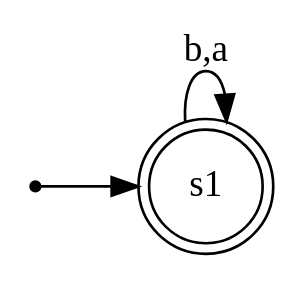
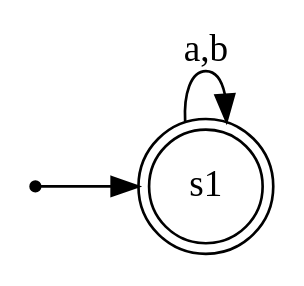
One commit to vrnch/RE2FA changed the diagram in img/mindfa.gv. Above: the diagram before and after it, drawn with Graphviz. The commit also changed 20 other files, not shown here.

```diff
--- a/img/mindfa.gv
+++ b/img/mindfa.gv
@@ -1,9 +1,9 @@
 digraph minimal_deterministic_finite_automaton {
 	rankdir=LR
 	node [shape=doublecircle]
 	s1
 	node [shape=circle]
-	s1 -> s1 [label="b,a"]
+	s1 -> s1 [label="a,b"]
 	node [shape=point]
 	"" -> s1
 }
```
